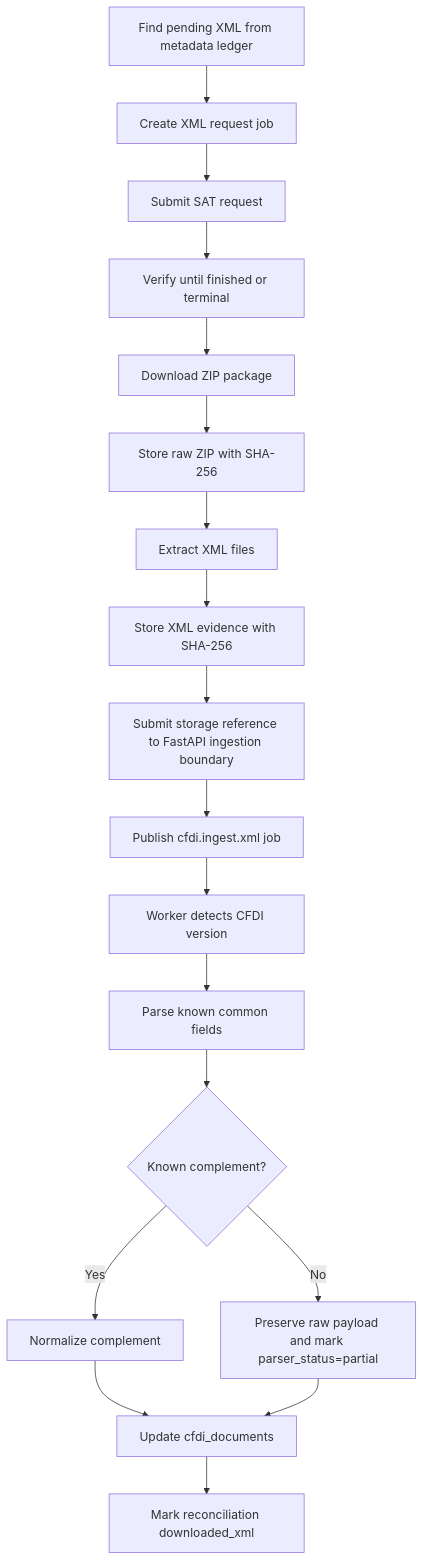
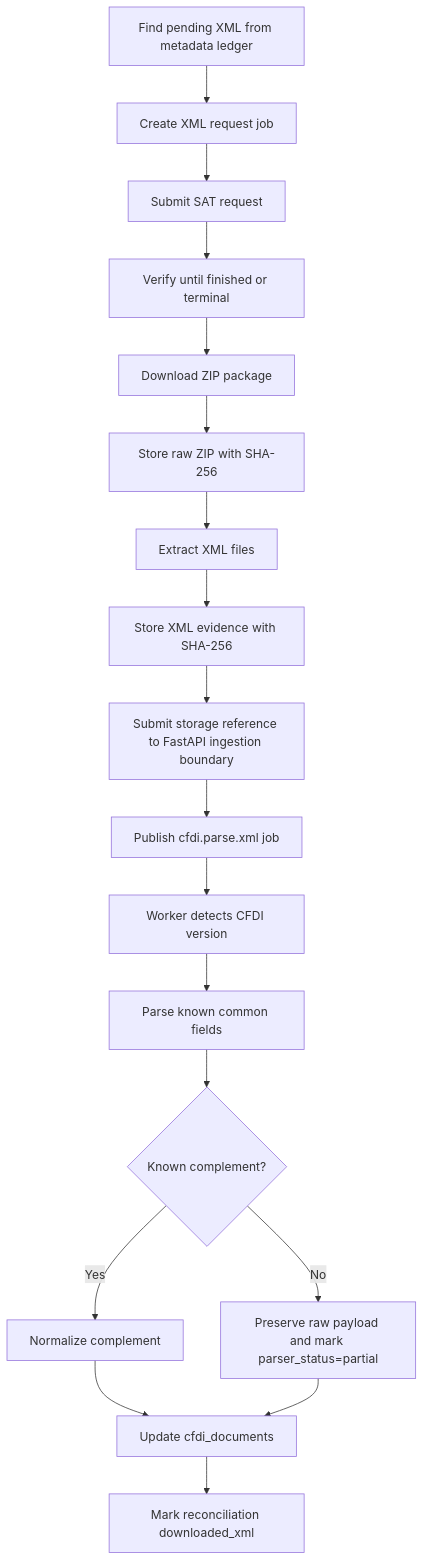
Before and after one commit to Crls8a/cfdi-vault-mx: the second of 4 diagrams in docs/foundation/flows-and-states.md, drawn with Mermaid. The commit also changed other lines of this file and 9 other files, not shown here.

Commit message:
fix(db): require flyway schema before runtime use

````diff
--- a/docs/foundation/flows-and-states.md
+++ b/docs/foundation/flows-and-states.md
@@ -37,20 +37,20 @@
 ```mermaid
 flowchart TD
     A["Find pending XML from metadata ledger"] --> B["Create XML request job"]
     B --> C["Submit SAT request"]
     C --> D["Verify until finished or terminal"]
     D --> E["Download ZIP package"]
     E --> F["Store raw ZIP with SHA-256"]
     F --> G["Extract XML files"]
     G --> H["Store XML evidence with SHA-256"]
     H --> API["Submit storage reference to FastAPI ingestion boundary"]
-    API --> Q["Publish cfdi.ingest.xml job"]
+    API --> Q["Publish cfdi.parse.xml job"]
     Q --> I["Worker detects CFDI version"]
     I --> J["Parse known common fields"]
     J --> K{"Known complement?"}
     K -->|Yes| L["Normalize complement"]
     K -->|No| M["Preserve raw payload and mark parser_status=partial"]
     L --> N["Update cfdi_documents"]
     M --> N
     N --> O["Mark reconciliation downloaded_xml"]
 ```
````
